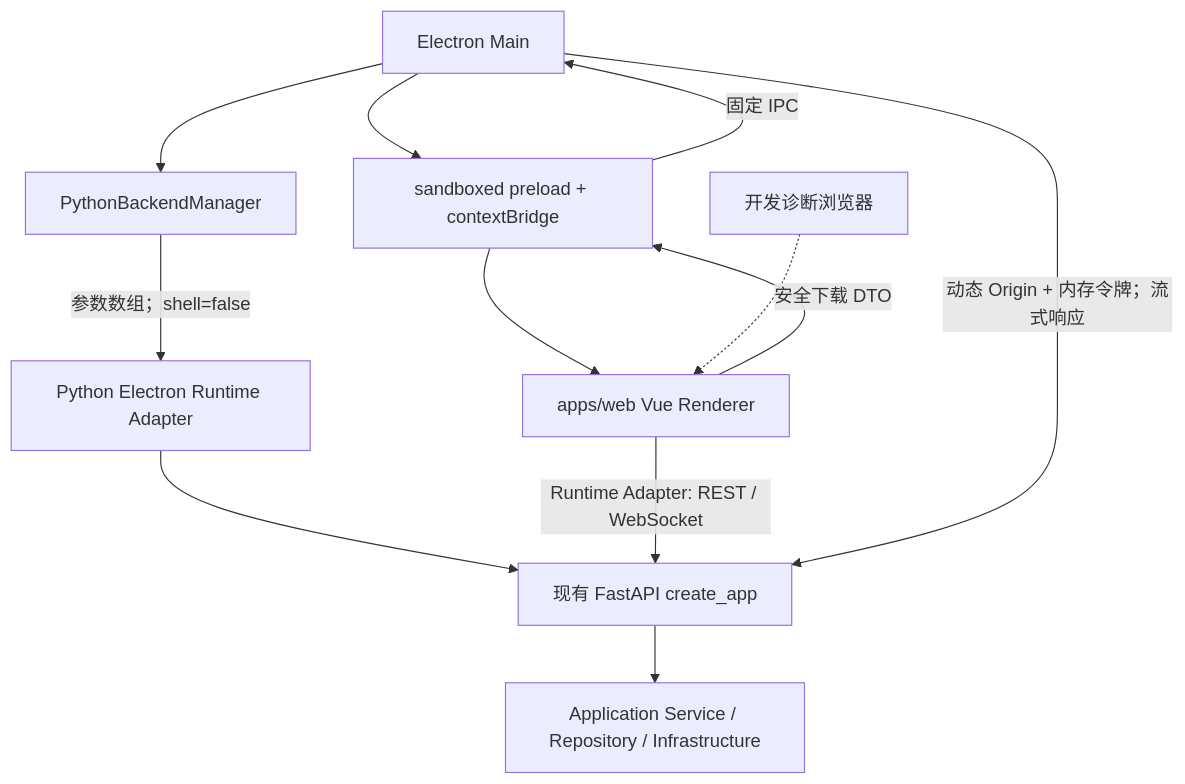
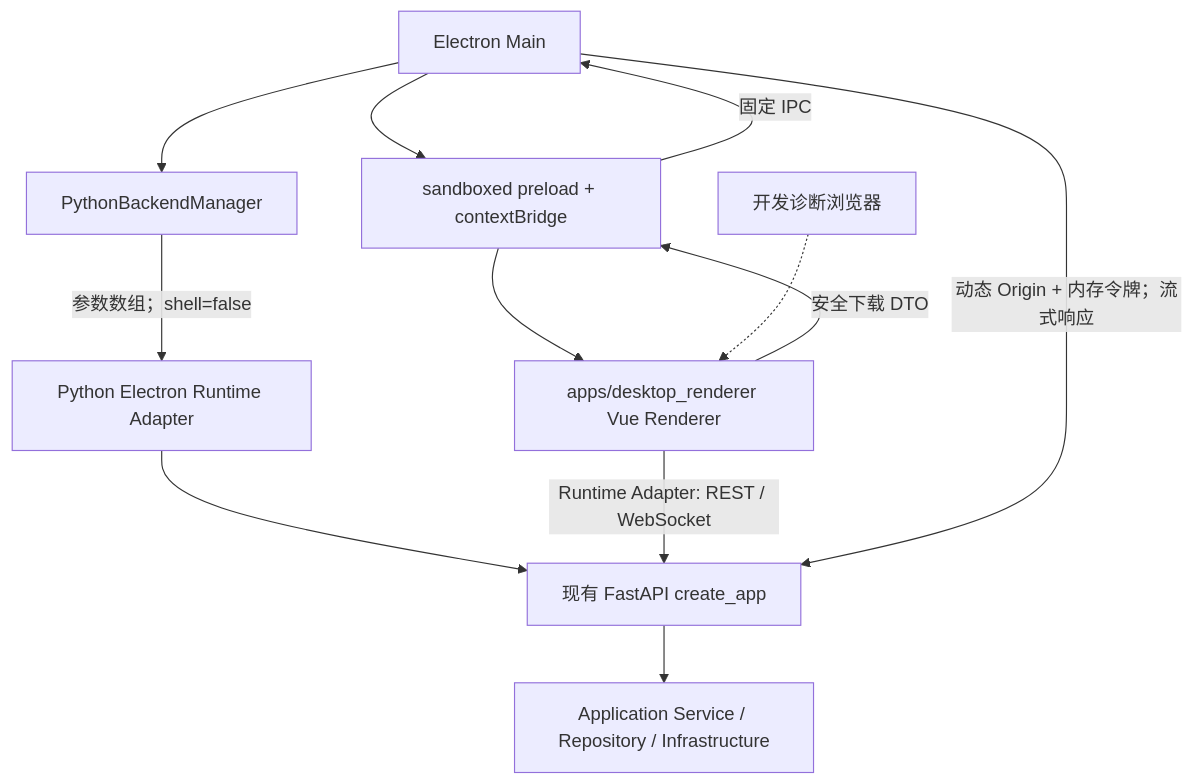
The diagram in docs/ELECTRON_DESKTOP.md (wxj183589/NetConsole), drawn with Mermaid before and after one commit. The commit also changed other lines of this file and 677 other files, not shown here.

````diff
--- a/docs/ELECTRON_DESKTOP.md
+++ b/docs/ELECTRON_DESKTOP.md
@@ -49,14 +49,14 @@
 ```mermaid
 flowchart TD
     EM["Electron Main"] --> PM["PythonBackendManager"]
     PM -->|"参数数组；shell=false"| PY["Python Electron Runtime Adapter"]
     PY --> API["现有 FastAPI create_app"]
     API --> AS["Application Service / Repository / Infrastructure"]
     EM --> PRE["sandboxed preload + contextBridge"]
-    PRE --> VUE["apps/web Vue Renderer"]
+    PRE --> VUE["apps/desktop_renderer Vue Renderer"]
     VUE -->|"Runtime Adapter: REST / WebSocket"| API
     VUE -->|"安全下载 DTO"| PRE
     PRE -->|"固定 IPC"| EM
     EM -->|"动态 Origin + 内存令牌；流式响应"| API
     BROWSER["开发诊断浏览器"] -.-> VUE
 ```
````
